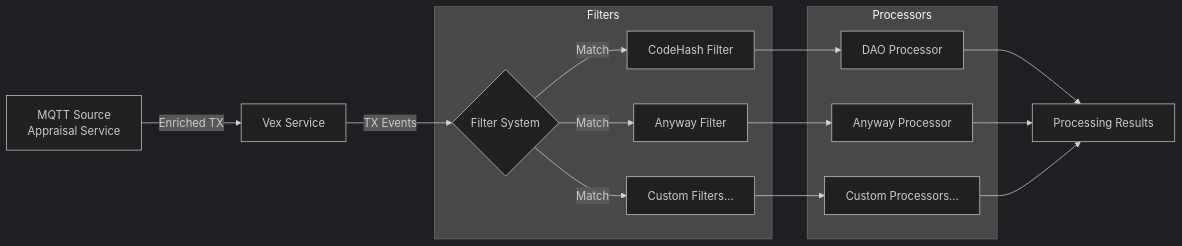
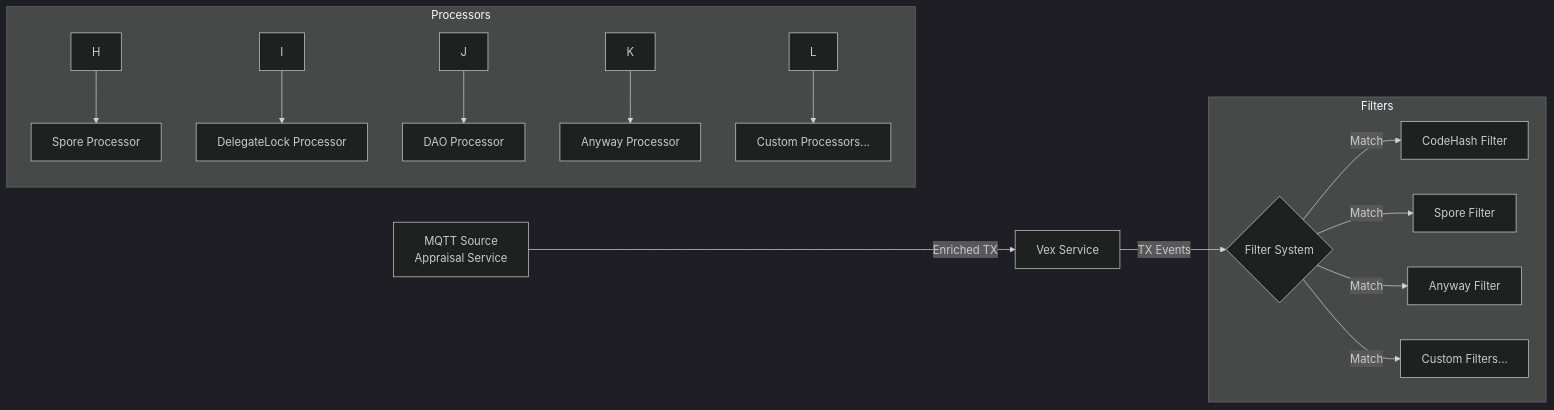
Before and after one commit to code-monad/vex: the diagram in README.md, drawn with Mermaid (dark theme).

Commit message:
Update graph

````diff
--- a/README.md
+++ b/README.md
@@ -20,18 +20,18 @@
 ```mermaid
 graph LR
     A[MQTT Source\nAppraisal Service] -->|Enriched TX| B[Vex Service]
     B -->|TX Events| C{Filter System}
     subgraph Filters
         C -->|Match| D[CodeHash Filter]
-        C -->|Match| E[Anyway Filter]
-        C -->|Match| F[Custom Filters...]
+        C -->|Match| E[Spore Filter]
+        C -->|Match| F[Anyway Filter]
+        C -->|Match| G[Custom Filters...]
     end
     subgraph Processors
-        D --> G[DAO Processor]
-        E --> H[Anyway Processor]
-        F --> I[Custom Processors...]
+        H --> M[Spore Processor]
+        I --> N[DelegateLock Processor]
+        J --> O[DAO Processor]
+        K --> P[Anyway Processor]
+        L --> Q[Custom Processors...]
     end
-    G --> J[Processing Results]
-    H --> J
-    I --> J
 ```
````
